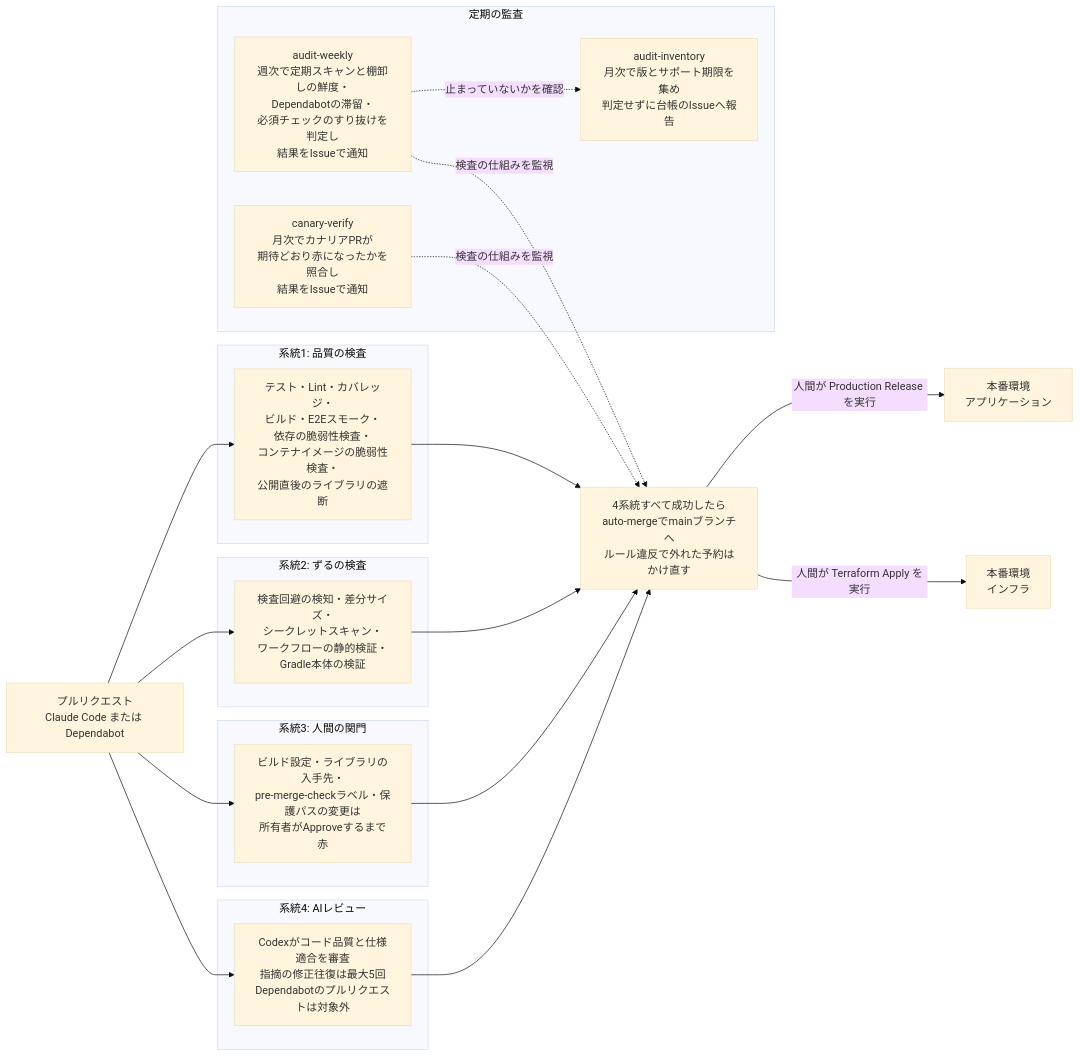
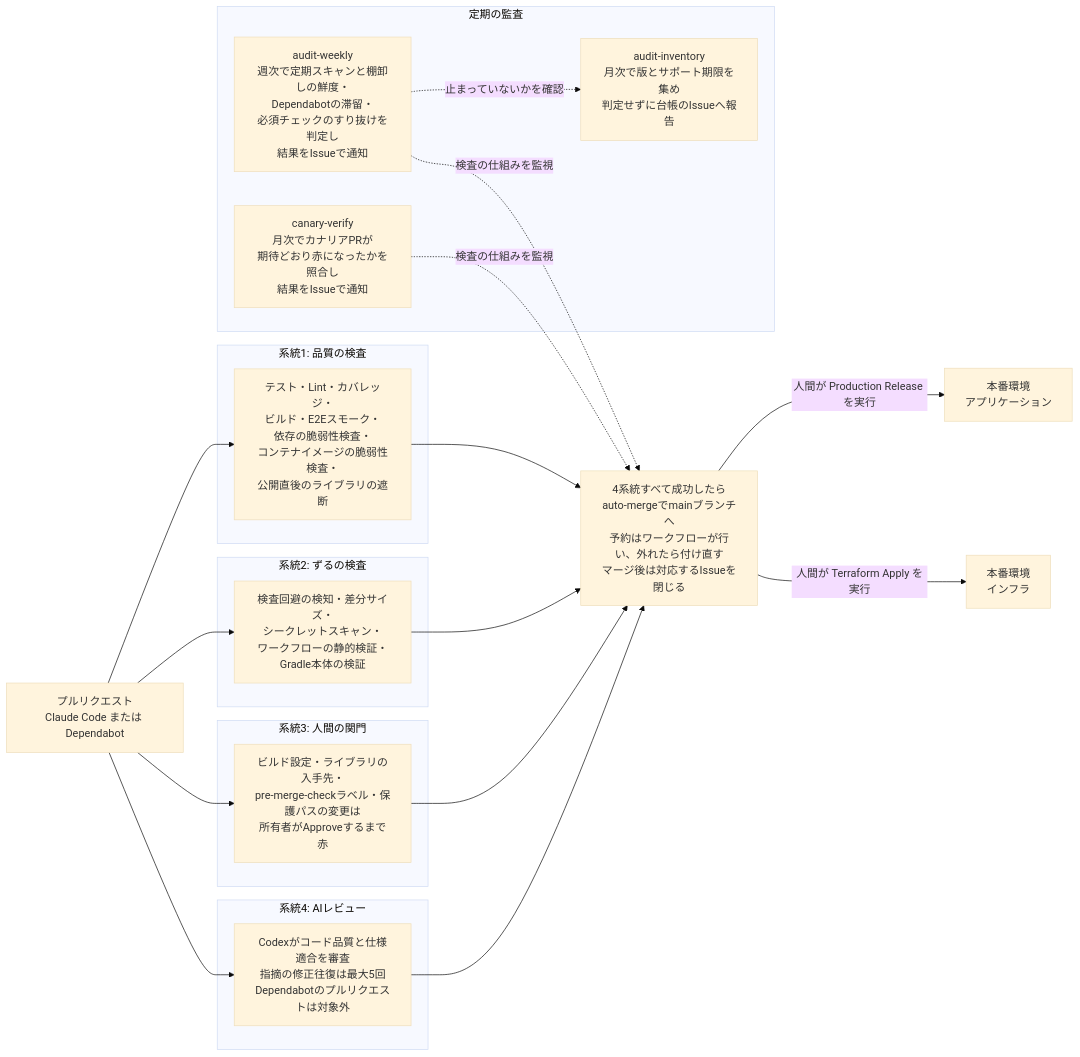
Before and after one commit to DogisRiki/KeirekiPro: the first of 2 diagrams in README.md, drawn with Mermaid (base theme). The commit also changed other lines of this file and 26 other files, not shown here.

````diff
--- a/README.md
+++ b/README.md
@@ -53,36 +53,36 @@
 ```mermaid
 flowchart LR
     PR[プルリクエスト<br>Claude Code または Dependabot]
 
     subgraph s1[系統1: 品質の検査]
         Q[テスト・Lint・カバレッジ・<br>ビルド・E2Eスモーク・<br>依存の脆弱性検査・<br>コンテナイメージの脆弱性検査・<br>公開直後のライブラリの遮断]
     end
     subgraph s2[系統2: ずるの検査]
         Z[検査回避の検知・差分サイズ・<br>シークレットスキャン・<br>ワークフローの静的検証・<br>Gradle本体の検証]
     end
     subgraph s3[系統3: 人間の関門]
         H[ビルド設定・ライブラリの入手先・<br>pre-merge-checkラベル・保護パスの変更は<br>所有者がApproveするまで赤]
     end
     subgraph s4[系統4: AIレビュー]
         A[Codexがコード品質と仕様適合を審査<br>指摘の修正往復は最大5回<br>Dependabotのプルリクエストは対象外]
     end
 
     PR --> Q
     PR --> Z
     PR --> H
     PR --> A
 
-    Q & Z & H & A --> M[4系統すべて成功したら<br>auto-mergeでmainブランチへ<br>ルール違反で外れた予約はかけ直す]
+    Q & Z & H & A --> M[4系統すべて成功したら<br>auto-mergeでmainブランチへ<br>予約はワークフローが行い、外れたら付け直す<br>マージ後は対応するIssueを閉じる]
 
     M -->|人間が Production Release を実行| App[本番環境<br>アプリケーション]
     M -->|人間が Terraform Apply を実行| Infra[本番環境<br>インフラ]
 
     subgraph s5[定期の監査]
         AW[audit-weekly<br>週次で定期スキャンと棚卸しの鮮度・<br>Dependabotの滞留・<br>必須チェックのすり抜けを判定し<br>結果をIssueで通知]
         CV[canary-verify<br>月次でカナリアPRが<br>期待どおり赤になったかを照合し<br>結果をIssueで通知]
         AI[audit-inventory<br>月次で版とサポート期限を集め<br>判定せずに台帳のIssueへ報告]
     end
 
     AW & CV -.検査の仕組みを監視.-> M
     AW -.止まっていないかを確認.-> AI
 ```
````
